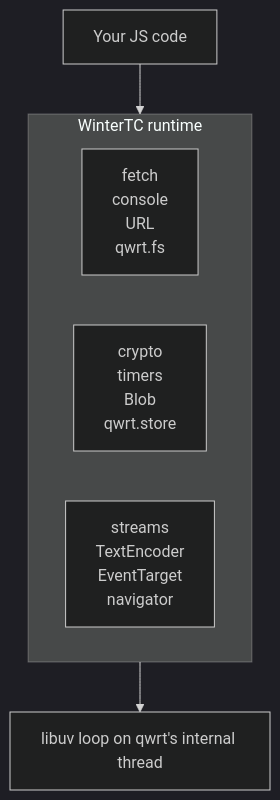
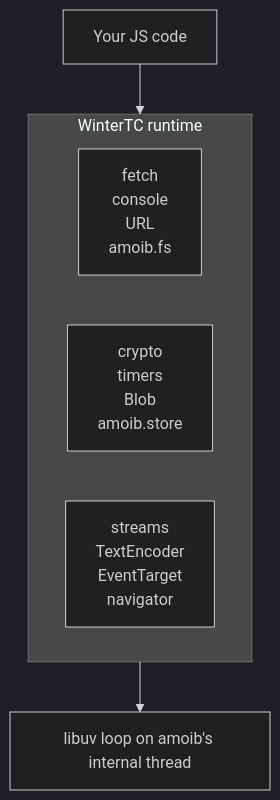
The diagram in docs/js-api/index.md (adam-ikari/qwrt), drawn with Mermaid (dark theme) before and after one commit. The commit also changed other lines of this file and 357 other files, not shown here.

First line of the commit message:
chore: 项目改名为 amoib（Amoib.js）—— API 前缀 qwrt_→am_，宏 QWRT_→AM_

````diff
--- a/docs/js-api/index.md
+++ b/docs/js-api/index.md
@@ -12,11 +12,11 @@
 ```mermaid
 flowchart TB
     A["Your JS code"] --> B
     subgraph B["WinterTC runtime"]
         direction LR
-        C["fetch<br/>console<br/>URL<br/>qwrt.fs"]
-        D["crypto<br/>timers<br/>Blob<br/>qwrt.store"]
+        C["fetch<br/>console<br/>URL<br/>amoib.fs"]
+        D["crypto<br/>timers<br/>Blob<br/>amoib.store"]
         E["streams<br/>TextEncoder<br/>EventTarget<br/>navigator"]
     end
-    B --> G["libuv loop on qwrt's internal thread"]
+    B --> G["libuv loop on amoib's internal thread"]
 ```
````
